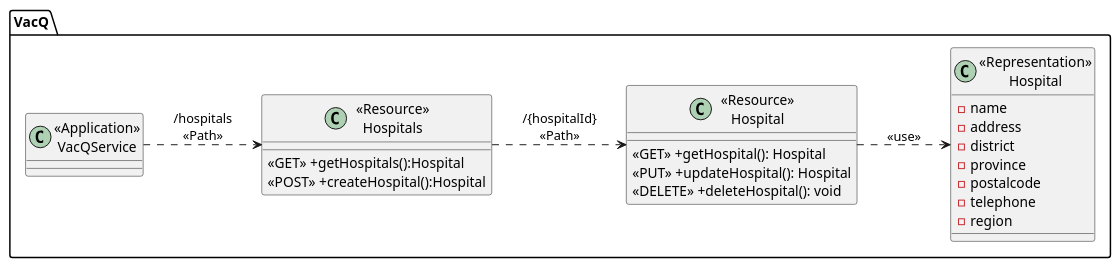
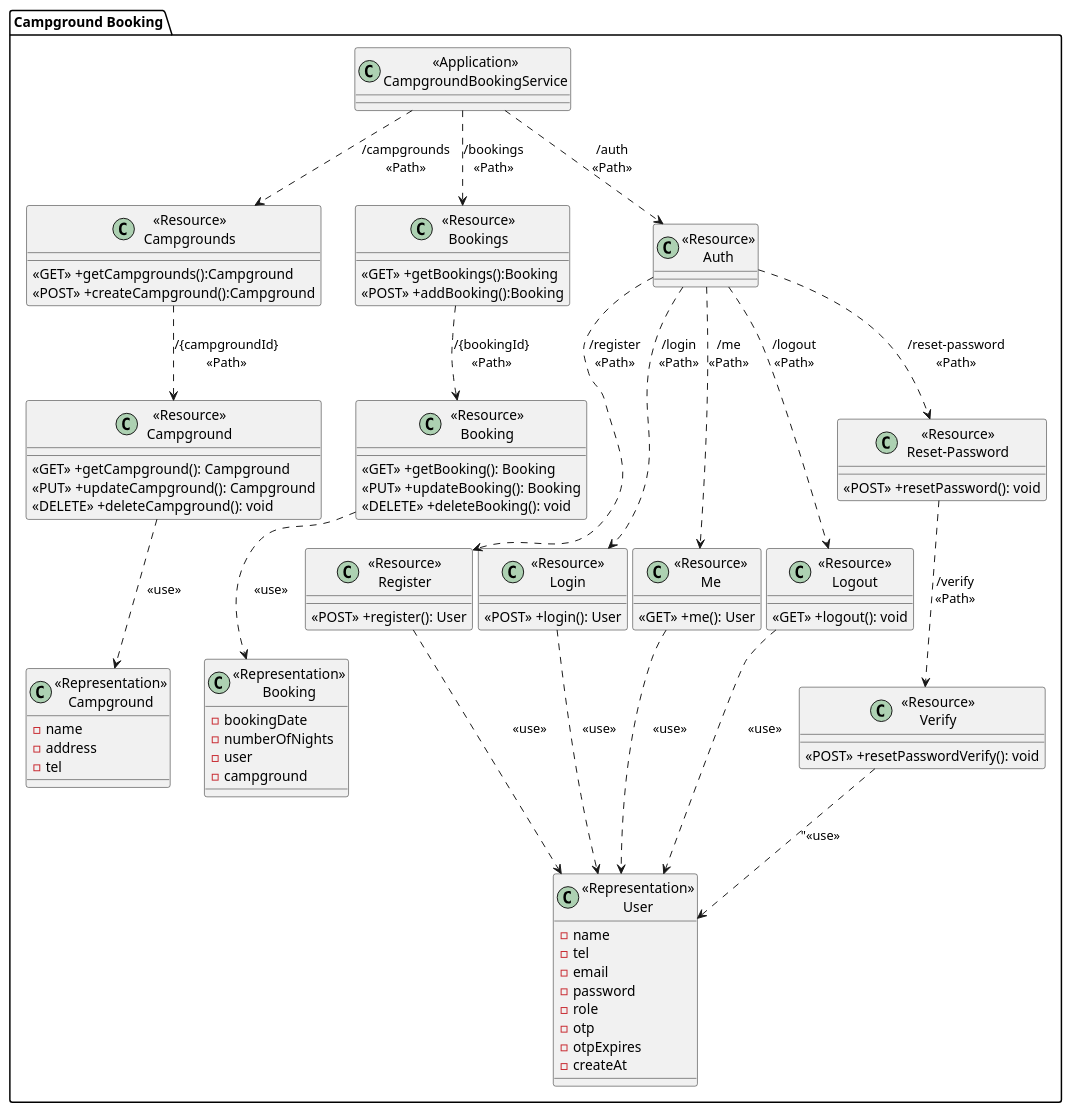
Before and after one commit to Armph/Campground-Booking: the diagram in documents/CampgroundBookingClass.puml, drawn with PlantUML. The commit also changed 2 other files, not shown here.

Commit message:
Class Diagram

```diff
--- a/documents/CampgroundBookingClass.puml
+++ b/documents/CampgroundBookingClass.puml
@@ -1,33 +1,101 @@
 @startuml
-left to right direction
-package "VacQ"{
-    class "<<Application>>\nVacQService" as VacQService{}
+top to bottom direction
+package "Campground Booking" {
+    class "<<Application>>\nCampgroundBookingService" as CampgroundBookingService{}
 
-    class "<<Resource>>\nHospitals" as ResourceHospitals{
-        <<GET>> +getHospitals():Hospital
-        <<POST>> +createHospital():Hospital
+    class "<<Resource>>\nCampgrounds" as ResourceCampgrounds{
+        <<GET>> +getCampgrounds():Campground
+        <<POST>> +createCampground():Campground
     }
 
-    class "<<Resource>>\nHospital" as ResourceHospital {
-        <<GET>> +getHospital(): Hospital
-        <<PUT>> +updateHospital(): Hospital
-        <<DELETE>> +deleteHospital(): void
+    class "<<Resource>>\nCampground" as ResourceCampground {
+        <<GET>> +getCampground(): Campground
+        <<PUT>> +updateCampground(): Campground
+        <<DELETE>> +deleteCampground(): void
     }
 
-    class "<<Representation>>\nHospital" as RepresentationHospital {
+    class "<<Representation>>\nCampground" as RepresentationCampground {
         -name
         -address
-        -district
-        -province
-        -postalcode
-        -telephone
-        -region
+        -tel
+    }
+
+    class "<<Resource>>\nBookings" as ResourceBookings{
+        <<GET>> +getBookings():Booking
+        <<POST>> +addBooking():Booking
+    }
+
+    class "<<Resource>>\nBooking" as ResourceBooking {
+        <<GET>> +getBooking(): Booking
+        <<PUT>> +updateBooking(): Booking
+        <<DELETE>> +deleteBooking(): void
+    }
+
+    class "<<Representation>>\nBooking" as RepresentationBooking {
+        -bookingDate
+        -numberOfNights
+        -user
+        -campground
+    }
+
+    class "<<Resource>>\nAuth" as ResourceAuth {}
+
+    class "<<Resource>>\nRegister" as ResourceRegister {
+        <<POST>> +register(): User
+    }
+
+    class "<<Resource>>\nLogin" as ResourceLogin {
+        <<POST>> +login(): User
+    }
+
+    class "<<Resource>>\nMe" as ResourceMe {
+        <<GET>> +me(): User
+    }
+
+    class "<<Resource>>\nLogout" as ResourceLogout {
+        <<GET>> +logout(): void
+    }
+
+    class "<<Resource>>\nReset-Password" as ResourceResetPassword {
+        <<POST>> +resetPassword(): void
+    }
+
+    class "<<Resource>>\nVerify" as ResourceVerify {
+        <<POST>> +resetPasswordVerify(): void
+    }
+
+    class "<<Representation>>\nUser" as RepresentationUser {
+        -name
+        -tel
+        -email
+        -password
+        -role
+        -otp 
+        -otpExpires 
+        -createAt
     }
 
 }
 
-VacQService ..> ResourceHospitals:"/hospitals\n<<Path>>"
-ResourceHospitals ..> ResourceHospital: "/{hospitalId}\n<<Path>>"
-ResourceHospital ..> RepresentationHospital: "<<use>>"
+CampgroundBookingService ..> ResourceCampgrounds:"/campgrounds\n<<Path>>"
+ResourceCampgrounds ..> ResourceCampground: "/{campgroundId}\n<<Path>>"
+ResourceCampground ..> RepresentationCampground: "<<use>>"
+
+CampgroundBookingService ..> ResourceBookings:"/bookings\n<<Path>>"
+ResourceBookings ..> ResourceBooking: "/{bookingId}\n<<Path>>"
+ResourceBooking ..> RepresentationBooking: "<<use>>"
+
+CampgroundBookingService ..> ResourceAuth:"/auth\n<<Path>>"
+ResourceAuth ..> ResourceRegister: "/register\n<<Path>>"
+ResourceAuth ..> ResourceLogin: "/login\n<<Path>>"
+ResourceAuth ..> ResourceMe: "/me\n<<Path>>"
+ResourceAuth ..> ResourceLogout: "/logout\n<<Path>>"
+ResourceAuth ..> ResourceResetPassword: "/reset-password\n<<Path>>"
+ResourceResetPassword ..> ResourceVerify: "/verify\n<<Path>>"
+ResourceRegister ..> RepresentationUser: "<<use>>"
+ResourceLogin ..> RepresentationUser: "<<use>>"
+ResourceMe ..> RepresentationUser: "<<use>>"
+ResourceLogout ..> RepresentationUser: "<<use>>"
+ResourceVerify ..> RepresentationUser: "<<use>>
 
 @enduml
```
